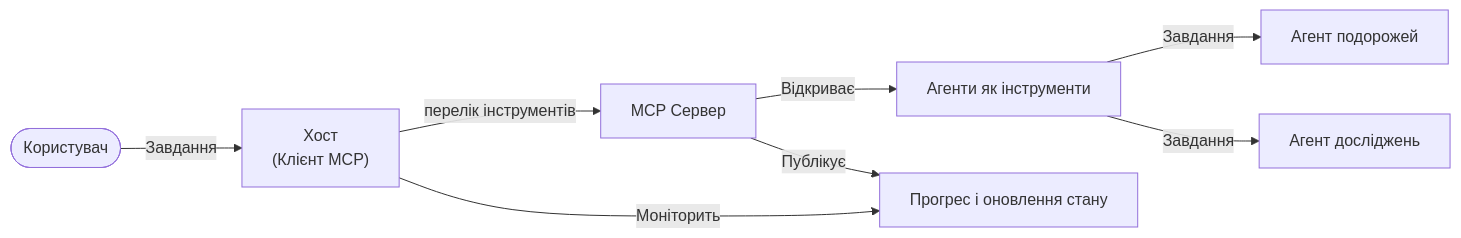
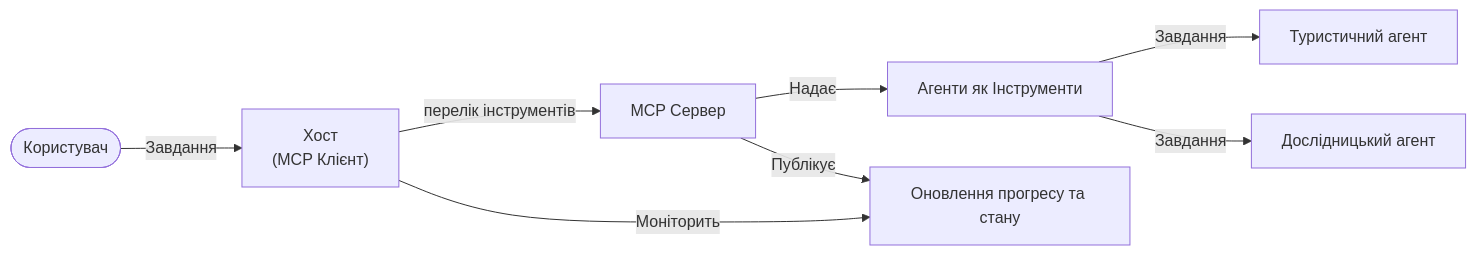
The fifth of 5 diagrams in mirrors/repos/microsoft@ai-agents-for-beginners/translations/uk/11-agentic-protocols/code_samples/mcp-agents/README.md (gabrielmoreira/agent-skills-mirror), drawn with Mermaid before and after one commit. The commit also changed other lines of this file and 4262 other files, not shown here.

````diff
--- a/mirrors/repos/microsoft@ai-agents-for-beginners/translations/uk/11-agentic-protocols/code_samples/mcp-agents/README.md
+++ b/mirrors/repos/microsoft@ai-agents-for-beginners/translations/uk/11-agentic-protocols/code_samples/mcp-agents/README.md
@@ -433,15 +448,15 @@
 ```mermaid
 graph LR
-    User([Користувач]) -->|"Завдання"| Host["Хост<br/>(Клієнт MCP)"]
+    User([Користувач]) -->|"Завдання"| Host["Хост<br/>(MCP Клієнт)"]
     Host -->|перелік інструментів| Server[MCP Сервер]
-    Server -->|Відкриває| AgentsTools[Агенти як інструменти]
-    AgentsTools -->|Завдання| AgentA[Агент подорожей]
-    AgentsTools -->|Завдання| AgentB[Агент досліджень]
+    Server -->|Надає| AgentsTools[Агенти як Інструменти]
+    AgentsTools -->|Завдання| AgentA[Туристичний агент]
+    AgentsTools -->|Завдання| AgentB[Дослідницький агент]
 
-    Host -->|Моніторить| StateUpdates[Прогрес і оновлення стану]
+    Host -->|Моніторить| StateUpdates[Оновлення прогресу та стану]
     Server -->|Публікує| StateUpdates
 
     class User user;
     class AgentA,AgentB agent;
     class Host,Server,StateUpdates core;
 ```
````
